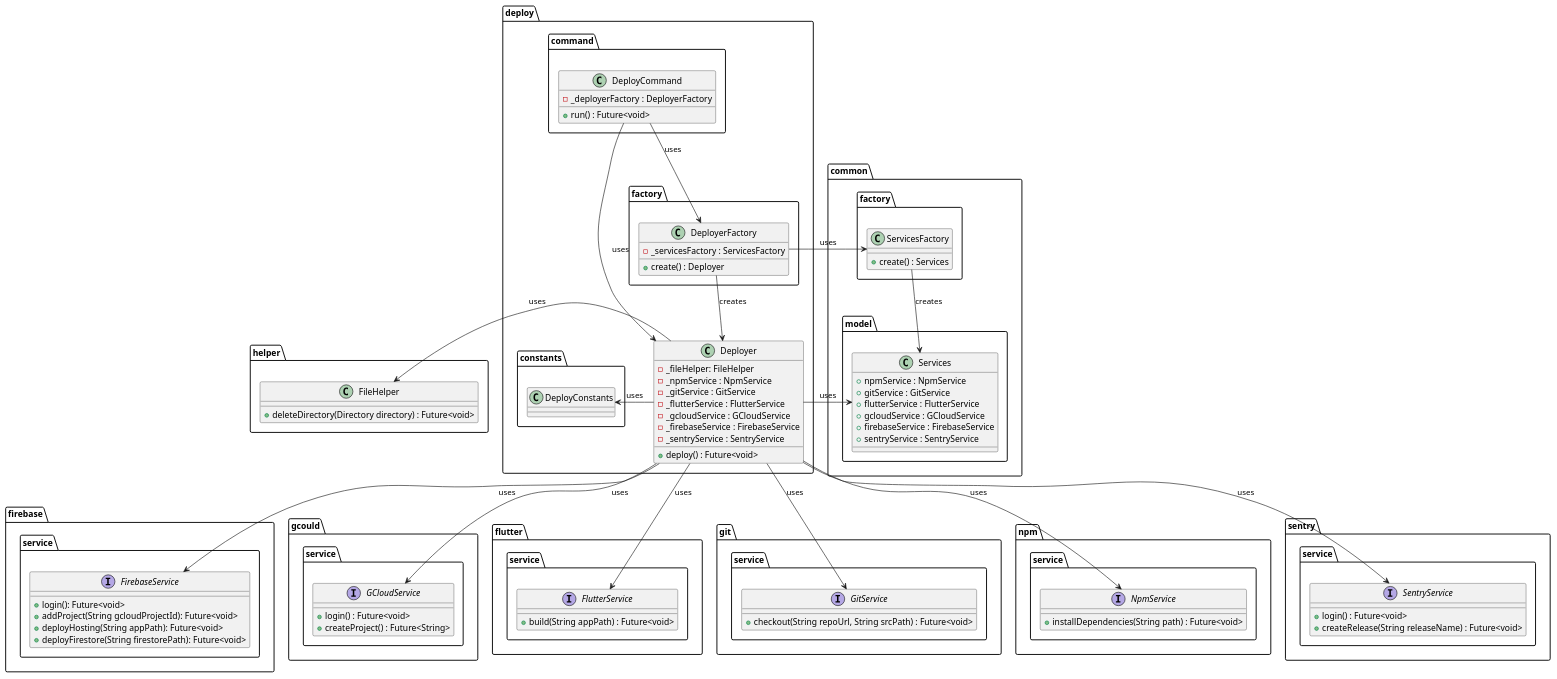
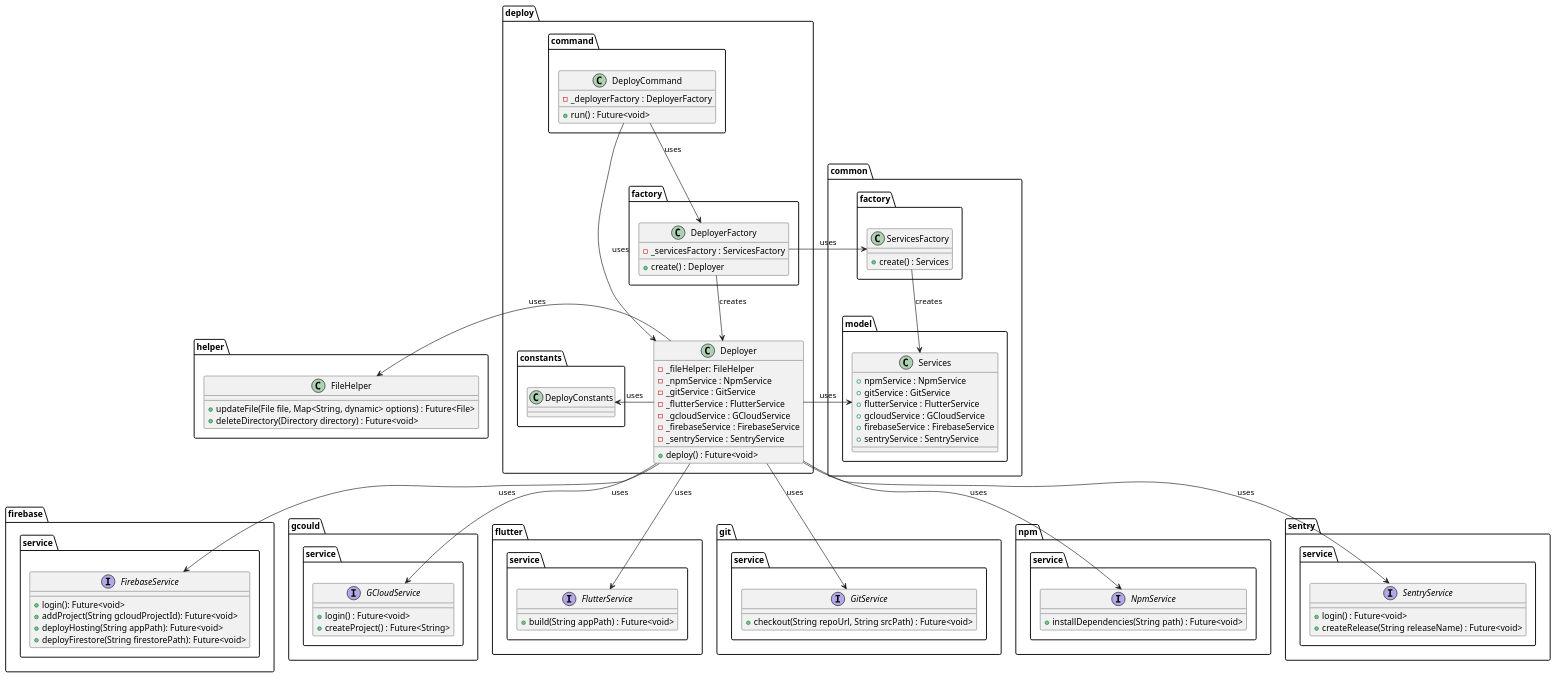
One commit to Flank/flank-dashboard changed the diagram in metrics/cli/docs/diagrams/deploy_command_class_diagram.puml. Above: the diagram before and after it, drawn with PlantUML. The commit also changed 3 other files, not shown here.

```diff
--- a/metrics/cli/docs/diagrams/deploy_command_class_diagram.puml
+++ b/metrics/cli/docs/diagrams/deploy_command_class_diagram.puml
@@ -1,119 +1,120 @@
 @startuml deploy_command_class_diagram
 
 package firebase.service {
     interface FirebaseService {
         + login(): Future<void>
         + addProject(String gcloudProjectId): Future<void>
         + deployHosting(String appPath): Future<void>
         + deployFirestore(String firestorePath): Future<void>
     }
 }
 
 package gcould.service {
     interface GCloudService {
         + login() : Future<void>
         + createProject() : Future<String>
     }
 }
 
 package flutter.service {
     interface FlutterService  {
         + build(String appPath) : Future<void>
     }
 }
 
 package  git.service{
     interface GitService  {
         + checkout(String repoUrl, String srcPath) : Future<void>
     }
 }
 
 package  npm.service {
     interface NpmService  {
         + installDependencies(String path) : Future<void>
     }
 }
 
 package sentry.service{
     interface SentryService  {
         + login() : Future<void>
         + createRelease(String releaseName) : Future<void>
     }
 }
 
 package common {
     package model {
         class Services {
             + npmService : NpmService
             + gitService : GitService
             + flutterService : FlutterService
             + gcloudService : GCloudService
             + firebaseService : FirebaseService
             + sentryService : SentryService
         }
     }
 
     package factory as common.factory{
         class ServicesFactory {
             + create() : Services
         }
     }
 }
 
 
 package deploy {
     package command {
         class DeployCommand {
             - _deployerFactory : DeployerFactory
             + run() : Future<void>
         }
     }
 
     package constants {
         class DeployConstants{}
     }
 
     package factory {
         class DeployerFactory {
             - _servicesFactory : ServicesFactory
             + create() : Deployer
         }
     }
 
     class Deployer {
         - _fileHelper: FileHelper
         - _npmService : NpmService
         - _gitService : GitService
         - _flutterService : FlutterService
         - _gcloudService : GCloudService
         - _firebaseService : FirebaseService
         - _sentryService : SentryService
         + deploy() : Future<void>
     }
 }
 
 package helper {
     class FileHelper {
+        + updateFile(File file, Map<String, dynamic> options) : Future<File>
         + deleteDirectory(Directory directory) : Future<void>
     }
 }
 
 Deployer -down-> NpmService : uses
 Deployer -down-> GitService : uses
 Deployer -down-> FlutterService : uses
 Deployer -down-> GCloudService : uses
 Deployer -down-> FirebaseService : uses
 Deployer -down-> SentryService : uses
 Deployer -left-> FileHelper : uses
 Deployer -> DeployConstants : uses
 Deployer -> Services : uses
 
 DeployCommand -down-> Deployer : uses
 DeployCommand -down-> DeployerFactory : uses
 DeployerFactory -left-> ServicesFactory : uses
 
 ServicesFactory --> Services : creates
 
 DeployerFactory --> Deployer : creates
 
 @enduml
```
